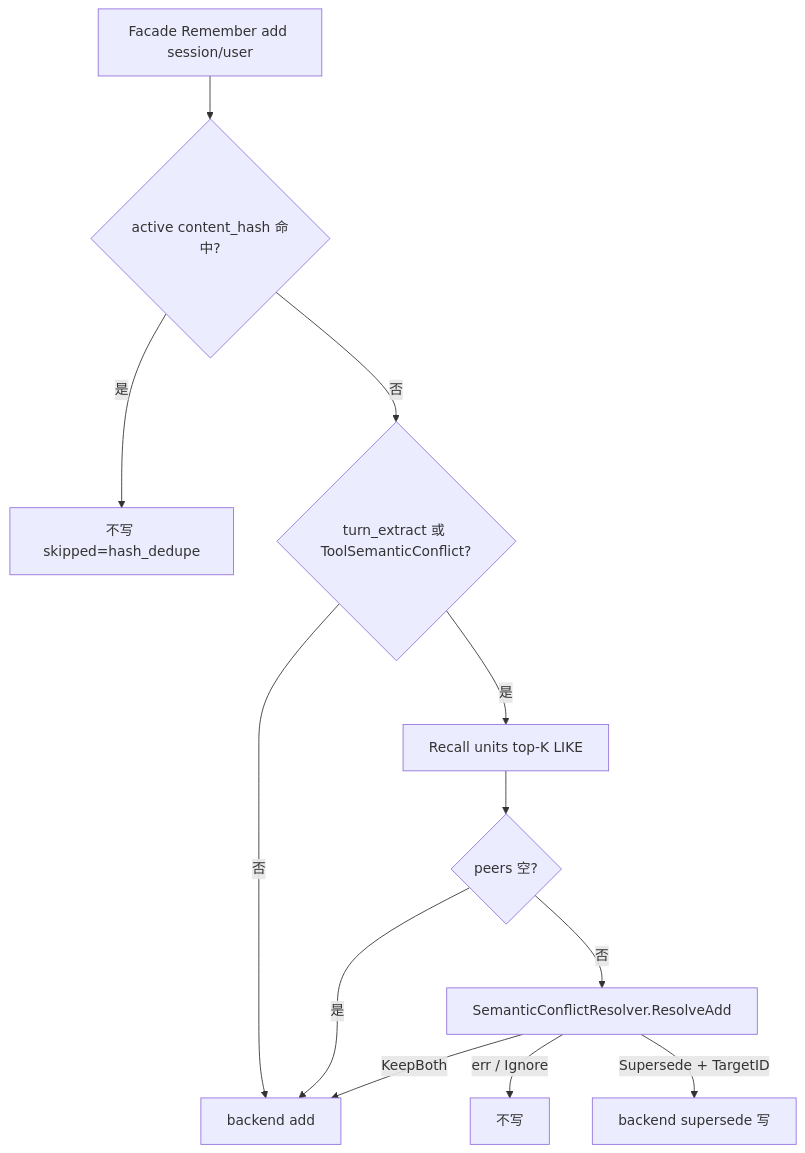
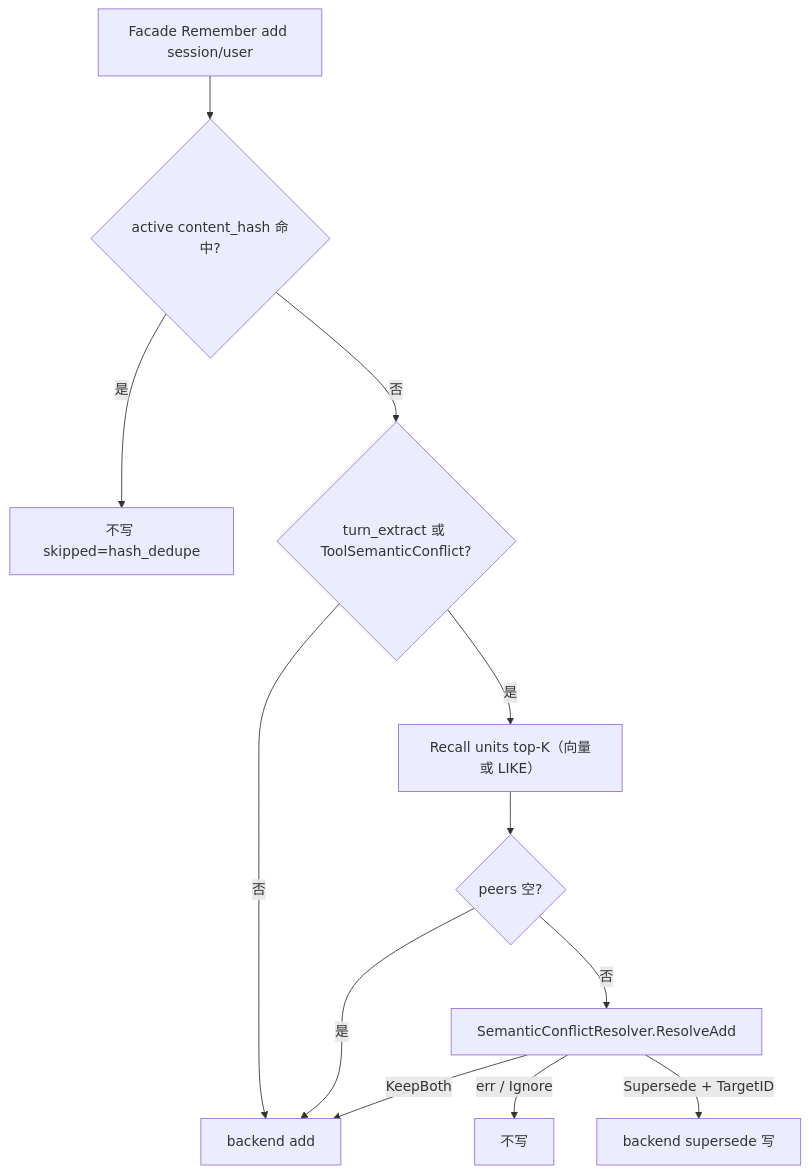
The diagram in docs/superpowers/specs/2026-07-26-memory-store-llm-conflict-design.md (sixath/sixath), drawn with Mermaid before and after one commit. The commit also changed other lines of this file and 3 other files, not shown here.

````diff
--- a/docs/superpowers/specs/2026-07-26-memory-store-llm-conflict-design.md
+++ b/docs/superpowers/specs/2026-07-26-memory-store-llm-conflict-design.md
@@ -44,14 +44,14 @@
 ```mermaid
 flowchart TD
   A[Facade Remember add session/user] --> H{active content_hash 命中?}
   H -->|是| Skip[不写 skipped=hash_dedupe]
   H -->|否| On{turn_extract 或 ToolSemanticConflict?}
   On -->|否| Add[backend add]
-  On -->|是| R[Recall units top-K LIKE]
+  On -->|是| R[Recall units top-K（向量或 LIKE）]
   R --> Empty{peers 空?}
   Empty -->|是| Add
   Empty -->|否| L[SemanticConflictResolver.ResolveAdd]
   L -->|err / Ignore| Skip2[不写]
   L -->|KeepBoth| Add
   L -->|Supersede + TargetID| S[backend supersede 写]
 ```
````
